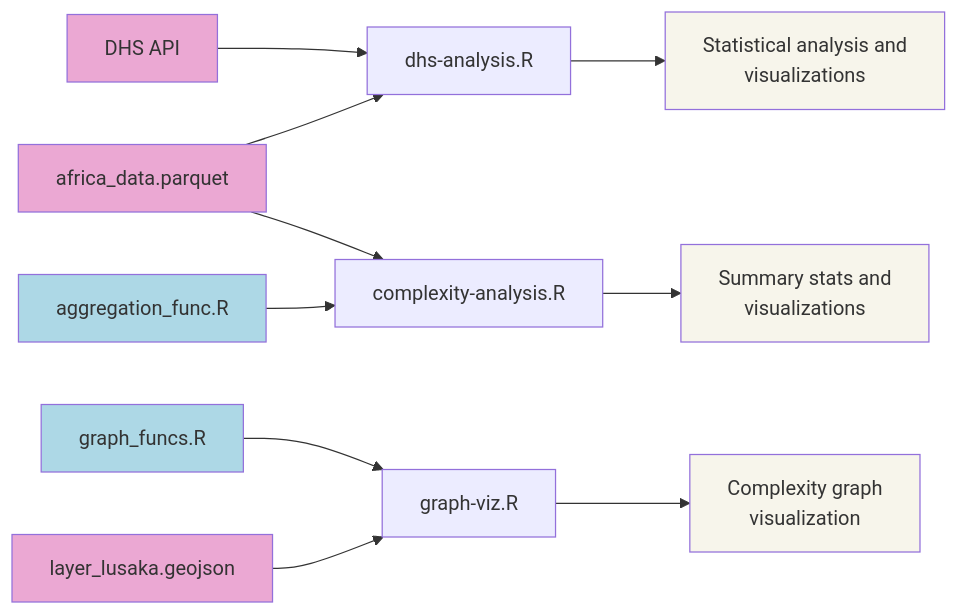
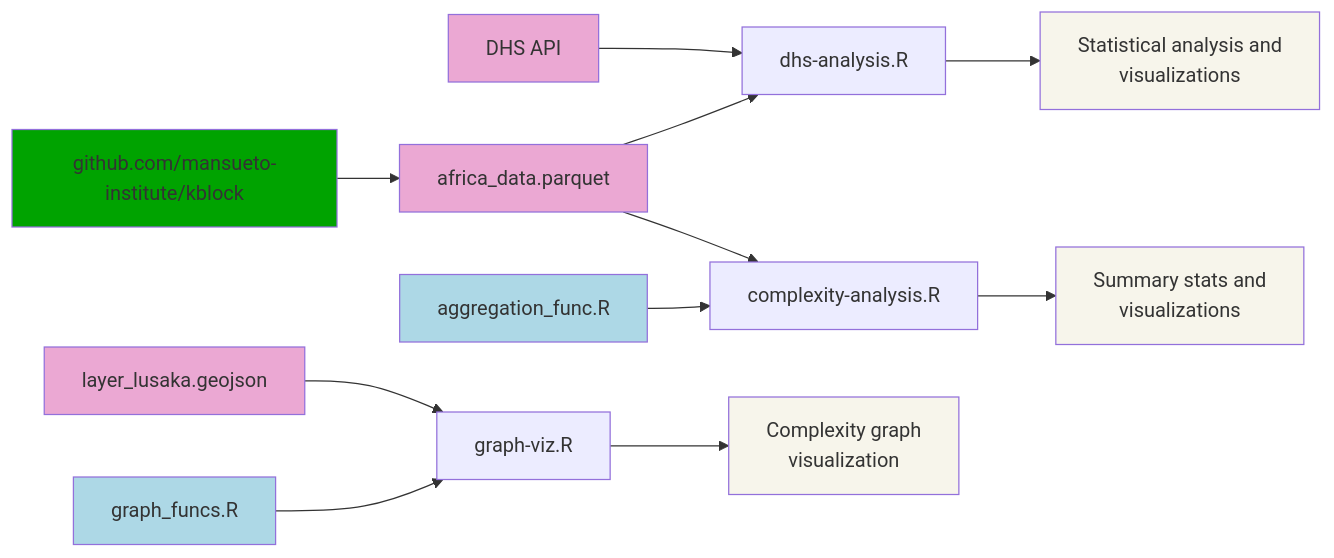
The diagram in ReadMe.md (mansueto-institute/kblock-analysis), drawn with Mermaid before and after one commit.

````diff
--- a/ReadMe.md
+++ b/ReadMe.md
@@ -22,24 +22,27 @@
 ```mermaid
 graph LR
 G[DHS API] --> C
 A[africa_data.parquet] --> B[complexity-analysis.R]
 E[aggregation_func.R] --> B
 A --> C[dhs-analysis.R]
 B --> Z[Summary stats and<br>visualizations]
 C --> X[Statistical analysis and<br>visualizations]
+Q[github.com/mansueto-institute/kblock] --> A
 
 F[graph_funcs.R] --> D[graph-viz.R]
 J[layer_lusaka.geojson] --> D
 D --> Y[Complexity graph<br>visualization]
 
 style A fill:#eba8d3
 style G fill:#eba8d3
 style J fill:#eba8d3
 
 style Z fill: #f7f5eb
 style X fill: #f7f5eb
 style Y fill: #f7f5eb
 
 style F fill: #ADD8E6
 style E fill: #ADD8E6
+
+style Q fill: #00A300
 ```
````
